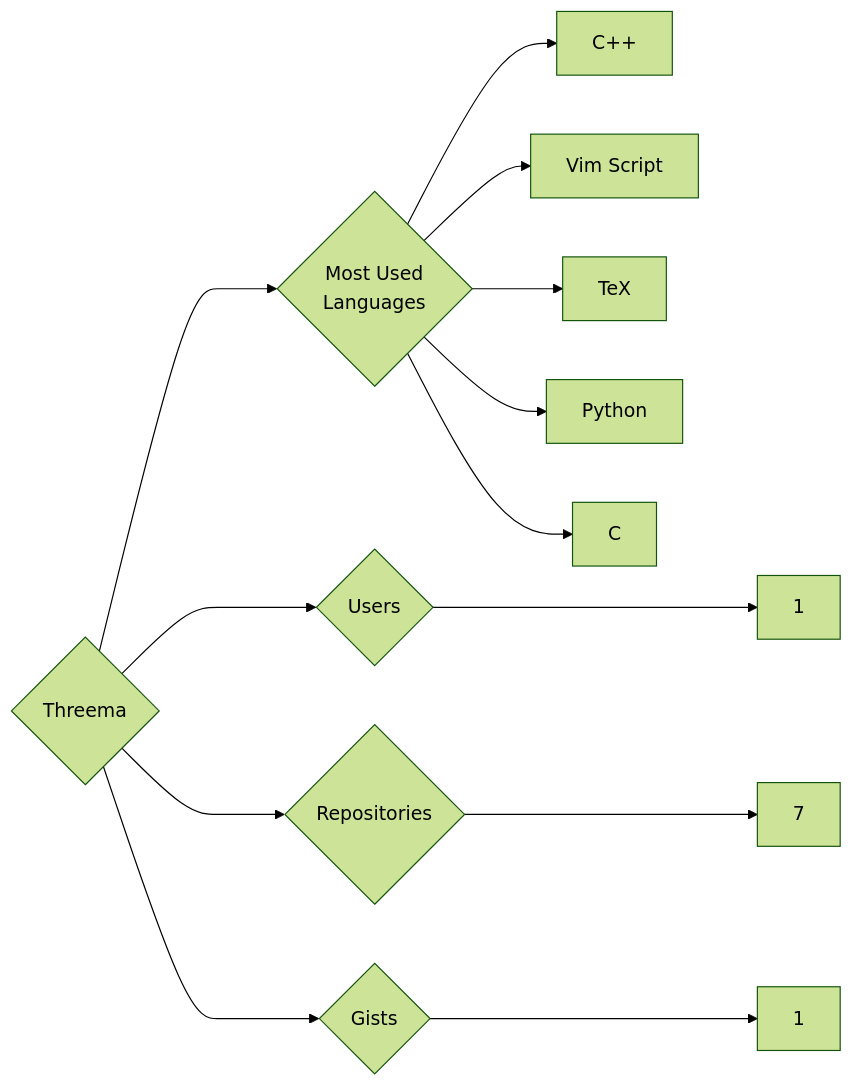
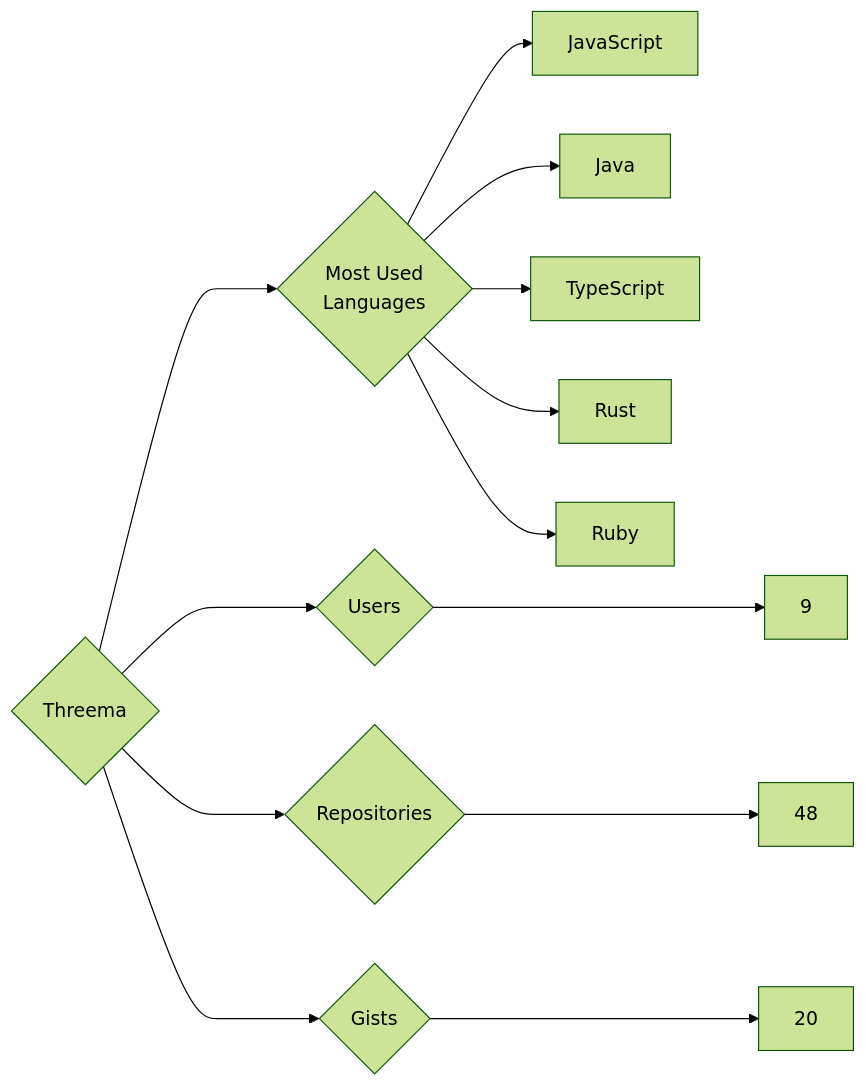
Before and after one commit to trickest/insiders: the diagram in targets/Threema/README.md, drawn with Mermaid (forest theme). The commit also changed 1696 other files, not shown here.

````diff
--- a/targets/Threema/README.md
+++ b/targets/Threema/README.md
@@ -3,13 +3,13 @@
 ```mermaid
 graph LR
 COMPANY_NAME{Threema}
-COMPANY_NAME ---> U{Users} ---> UN[1]
-COMPANY_NAME ---> R{Repositories} ---> RN[7]
-COMPANY_NAME ---> G{Gists} ---> GN[1]
+COMPANY_NAME ---> U{Users} ---> UN[9]
+COMPANY_NAME ---> R{Repositories} ---> RN[48]
+COMPANY_NAME ---> G{Gists} ---> GN[20]
 COMPANY_NAME ---> ML{Most Used<br>Languages}
-ML --> C++[C++]
-ML --> Vim_Script[Vim Script]
-ML --> TeX[TeX]
-ML --> Python[Python]
-ML --> C[C]
+ML --> JavaScript[JavaScript]
+ML --> Java[Java]
+ML --> TypeScript[TypeScript]
+ML --> Rust[Rust]
+ML --> Ruby[Ruby]
 ```
````
